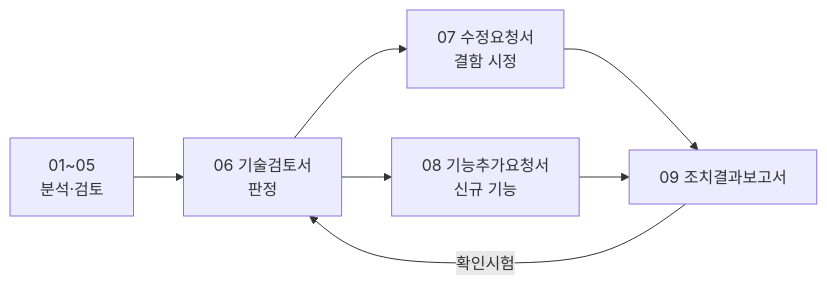
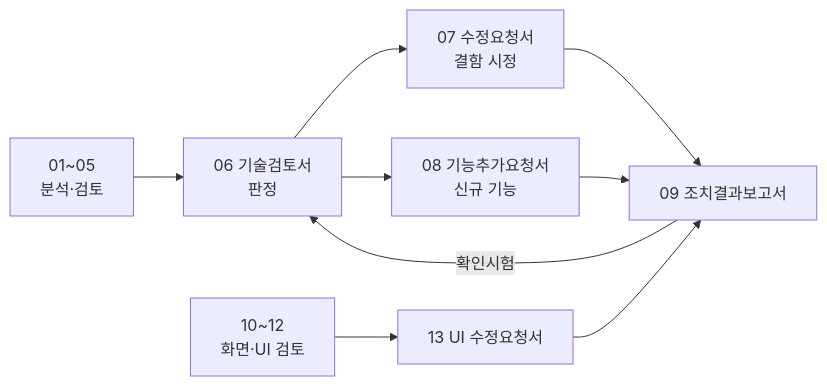
The diagram in docs/README.md (jaehakim/assets), drawn with Mermaid before and after one commit. The commit also changed other lines of this file and 25 other files, not shown here.

````diff
--- a/docs/README.md
+++ b/docs/README.md
@@ -25,9 +36,11 @@
 ```mermaid
 flowchart LR
   A["01~05<br/>분석·검토"] --> TR["06 기술검토서<br/>판정"]
   TR --> CR["07 수정요청서<br/>결함 시정"]
   TR --> FR["08 기능추가요청서<br/>신규 기능"]
+  U["10~12<br/>화면·UI 검토"] --> CR2["13 UI 수정요청서"]
   CR --> RR["09 조치결과보고서"]
+  CR2 --> RR
   FR --> RR
   RR -->|확인시험| TR
 ```
````
